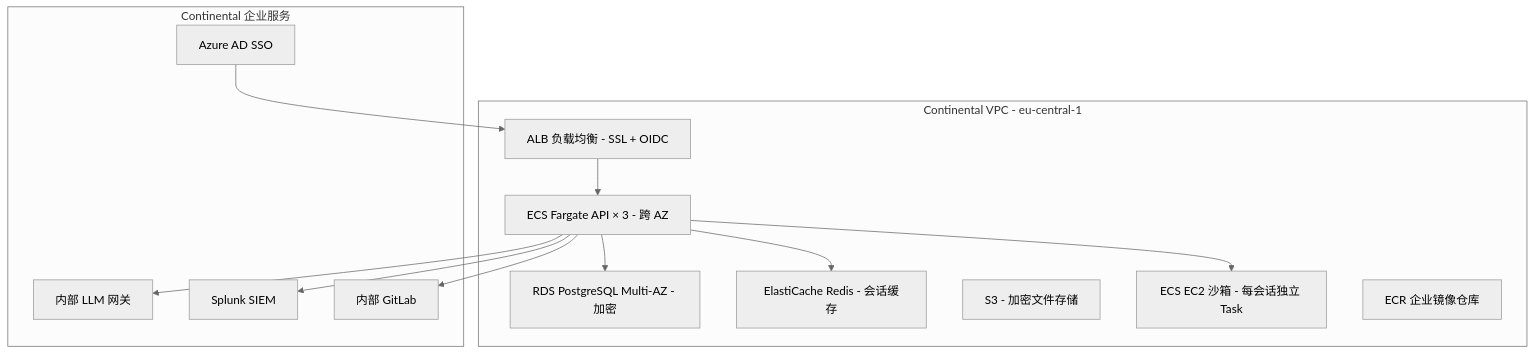
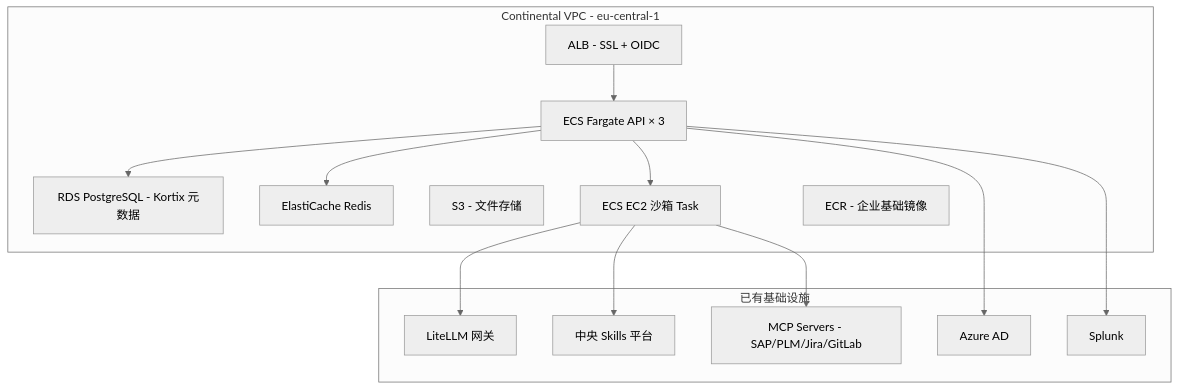
One commit to SilkLee/full-stack-guide changed diagram 17 of 18 in suna-deep-dive.md. Above: the diagram before and after it, drawn with Mermaid (neutral theme). The commit also changed other lines of this file, not shown here.

Commit message:
Update section 17: integrate with existing Continental infrastructure - LiteLLM gateway, central Skills platform, internal MCP servers. Kortix becomes pure Agent orchestration layer.

````diff
--- a/suna-deep-dive.md
+++ b/suna-deep-dive.md
@@ -976,21 +1124,28 @@
 ```mermaid
 flowchart TB
     subgraph VPC["Continental VPC - eu-central-1"]
-        ALB["ALB 负载均衡 - SSL + OIDC"]
-        ECS["ECS Fargate API × 3 - 跨 AZ"]
-        RDS["RDS PostgreSQL Multi-AZ - 加密"]
-        REDIS["ElastiCache Redis - 会话缓存"]
-        S3["S3 - 加密文件存储"]
-        SB["ECS EC2 沙箱 - 每会话独立 Task"]
-        ECR["ECR 企业镜像仓库"]
+        ALB["ALB - SSL + OIDC"]
+        ECS["ECS Fargate API × 3"]
+        RDS["RDS PostgreSQL - Kortix 元数据"]
+        REDIS["ElastiCache Redis"]
+        S3["S3 - 文件存储"]
+        SB["ECS EC2 沙箱 Task"]
+        ECR["ECR - 企业基础镜像"]
     end
-    subgraph ENT["Continental 企业服务"]
-        SSO["Azure AD SSO"]
-        MODEL["内部 LLM 网关"]
-        SIEM["Splunk SIEM"]
-        GITLAB["内部 GitLab"]
+
+    subgraph EXISTING["已有基础设施"]
+        LITELLM["LiteLLM 网关"]
+        SKILLS["中央 Skills 平台"]
+        MCP["MCP Servers - SAP/PLM/Jira/GitLab"]
+        SSO["Azure AD"]
+        SIEM["Splunk"]
     end
-    ALB --> ECS --> RDS & REDIS & SB
-    SSO --> ALB
-    ECS --> MODEL & SIEM & GITLAB
+
+    ALB --> ECS
+    ECS --> RDS & REDIS & SB
+    ECS --> SSO
+    SB --> LITELLM
+    SB --> SKILLS
+    SB --> MCP
+    ECS --> SIEM
 ```
````
